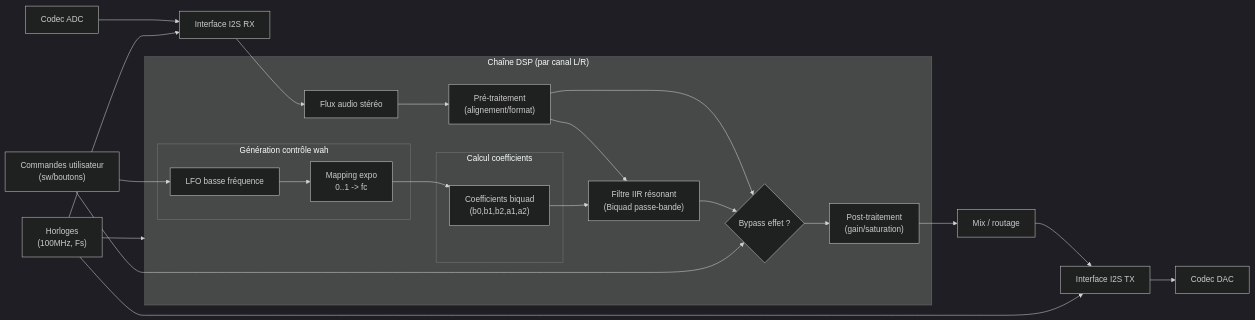
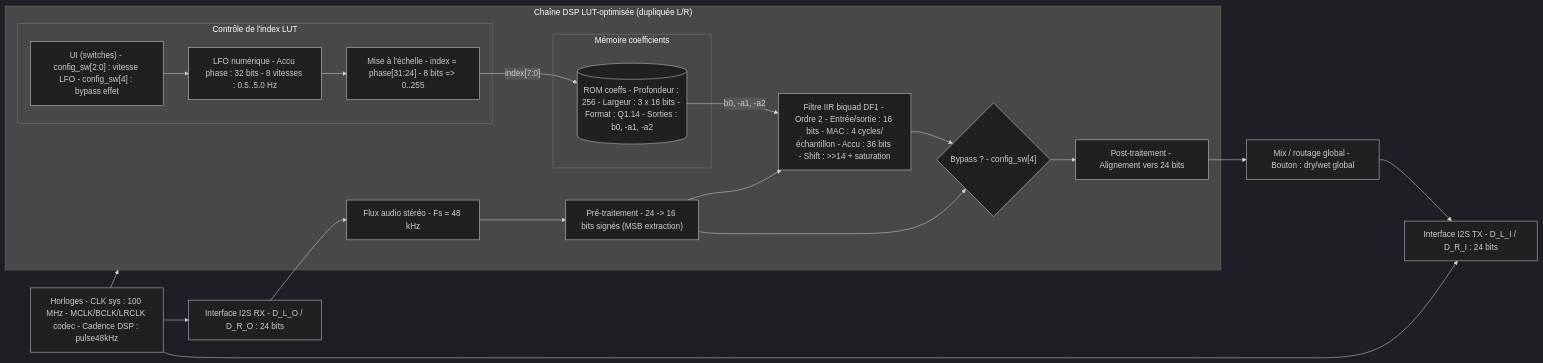
One commit to promaaa/wahwah-fpga changed the diagram in fpga_wahwah_impl_architecture.mmd. Above: the diagram before and after it, drawn with Mermaid (dark theme). The commit also changed 2 other files, not shown here.

```diff
--- a/fpga_wahwah_impl_architecture.mmd
+++ b/fpga_wahwah_impl_architecture.mmd
@@ -1,35 +1,30 @@
 flowchart LR
-    ADC["Codec ADC"] --> I2S_RX["Interface I2S RX"]
-    I2S_RX --> AUDIO_IN["Flux audio stéréo"]
+    I2S_RX["Interface I2S RX - D_L_O / D_R_O : 24 bits"] --> AUDIO_IN["Flux audio stéréo - Fs = 48 kHz"]
 
-    subgraph DSP["Chaîne DSP (par canal L/R)"]
-        AUDIO_IN --> PREP["Pré-traitement\n(alignement/format)"]
-        PREP --> SEL_FX{"Bypass effet ?"}
+    subgraph DSP["Chaîne DSP LUT-optimisée (dupliquée L/R)"]
+        AUDIO_IN --> PREP["Pré-traitement - 24 -> 16 bits signés (MSB extraction)"]
 
-        subgraph CTRL["Génération contrôle wah"]
-            LFO["LFO basse fréquence"]
-            MAP["Mapping expo\n0..1 -> fc"]
-            LFO --> MAP
+        subgraph CTRL["Contrôle de l'index LUT"]
+            UI["UI (switches) - config_sw[2:0] : vitesse LFO - config_sw[4] : bypass effet"] --> LFO
+            LFO["LFO numérique - Accu phase : 32 bits - 8 vitesses : 0.5..5.0 Hz"] --> SCALE["Mise à l'échelle - index = phase[31:24] - 8 bits => 0..255"]
         end
 
-        subgraph COEFF["Calcul coefficients"]
-            COEF["Coefficients biquad\n(b0,b1,b2,a1,a2)"]
+        subgraph MEM["Mémoire coefficients"]
+            LUT[("ROM coeffs - Profondeur : 256 - Largeur : 3 x 16 bits - Format : Q1.14 - Sorties : b0, -a1, -a2")]
         end
 
-        MAP --> COEF
-        PREP --> IIR["Filtre IIR résonant\n(Biquad passe-bande)"]
-        COEF --> IIR
+        SCALE -->|"index[7:0]"| LUT
+        LUT -->|"b0, -a1, -a2"| IIR
 
-        IIR --> SEL_FX
-        SEL_FX --> POST["Post-traitement\n(gain/saturation)"]
+        PREP --> IIR["Filtre IIR biquad DF1 - Ordre 2 - Entrée/sortie : 16 bits - MAC : 4 cycles/échantillon - Accu : 36 bits - Shift : >>14 + saturation"]
+        IIR --> SEL_FX{"Bypass ? - config_sw[4]"}
+        PREP --> SEL_FX
+        SEL_FX --> POST["Post-traitement - Alignement vers 24 bits"]
     end
 
-    POST --> MIX["Mix / routage"]
-    MIX --> I2S_TX["Interface I2S TX"]
-    I2S_TX --> DAC["Codec DAC"]
+    POST --> MIX["Mix / routage global - Bouton : dry/wet global"]
+    MIX --> I2S_TX["Interface I2S TX - D_L_I / D_R_I : 24 bits"]
 
-    UI["Commandes utilisateur\n(sw/boutons)"] --> LFO
-    UI --> SEL_FX
-    CLK["Horloges\n(100MHz, Fs)"] --> I2S_RX
+    CLK["Horloges - CLK sys : 100 MHz - MCLK/BCLK/LRCLK codec - Cadence DSP : pulse48kHz"] --> I2S_RX
     CLK --> DSP
     CLK --> I2S_TX
```
